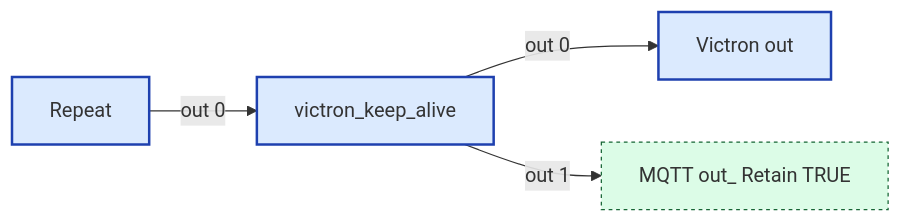
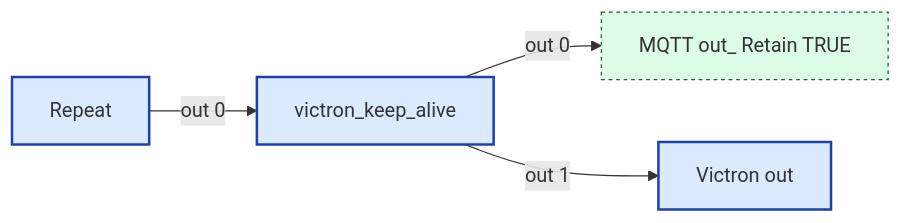
One commit to Backroads4Me/librecoach-node-red changed the seventh of 13 diagrams in src/wiring/victron.md. Above: the diagram before and after it, drawn with Mermaid. The commit also changed other lines of this file, not shown here.

````diff
--- a/src/wiring/victron.md
+++ b/src/wiring/victron.md
@@ -241,16 +241,16 @@
 ```mermaid
 flowchart LR
   classDef fn fill:#dbeafe,stroke:#1e40af,stroke-width:2px
   classDef ui fill:#ede9fe,stroke:#5b21b6,stroke-width:2px
   classDef sub fill:#fef3c7,stroke:#92400e,stroke-width:2px
   classDef link fill:#dcfce7,stroke:#166534,stroke-width:1px,stroke-dasharray:3 3
   classDef config fill:#f3f4f6,stroke:#6b7280,stroke-width:1px,stroke-dasharray:2 2
   classDef disabled opacity:0.5,stroke-dasharray:4 4
   n_36f5f1a727df["victron_keep_alive"]:::fn
   n_bd38c37850a3["MQTT out_ Retain TRUE"]:::link
   n_c80ea298a372["Victron out"]:::fn
   n_f9d1a59e25ce["Repeat"]:::fn
-  n_36f5f1a727df -->|out 0| n_c80ea298a372
-  n_36f5f1a727df -->|out 1| n_bd38c37850a3
+  n_36f5f1a727df -->|out 0| n_bd38c37850a3
+  n_36f5f1a727df -->|out 1| n_c80ea298a372
   n_f9d1a59e25ce -->|out 0| n_36f5f1a727df
 ```
````
